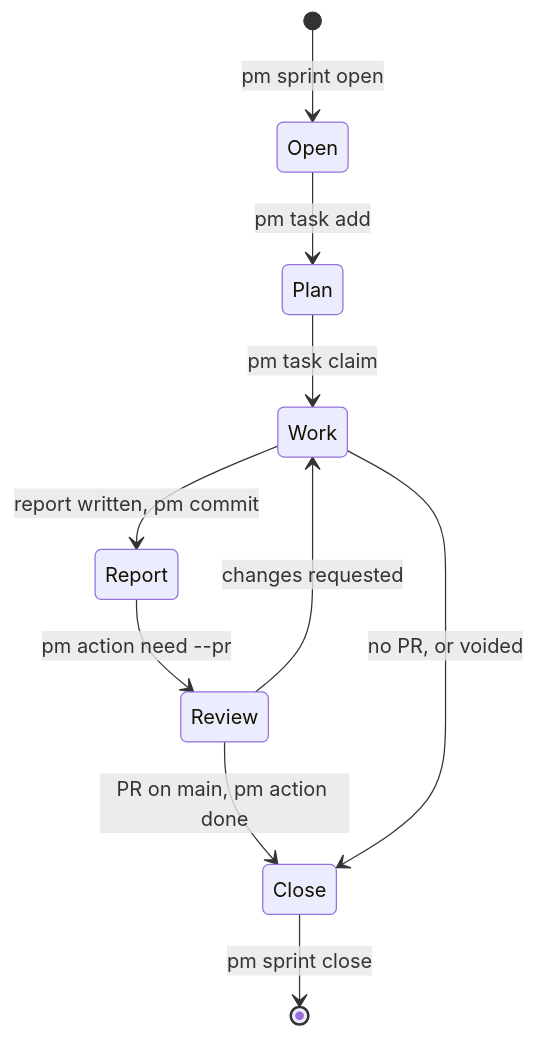
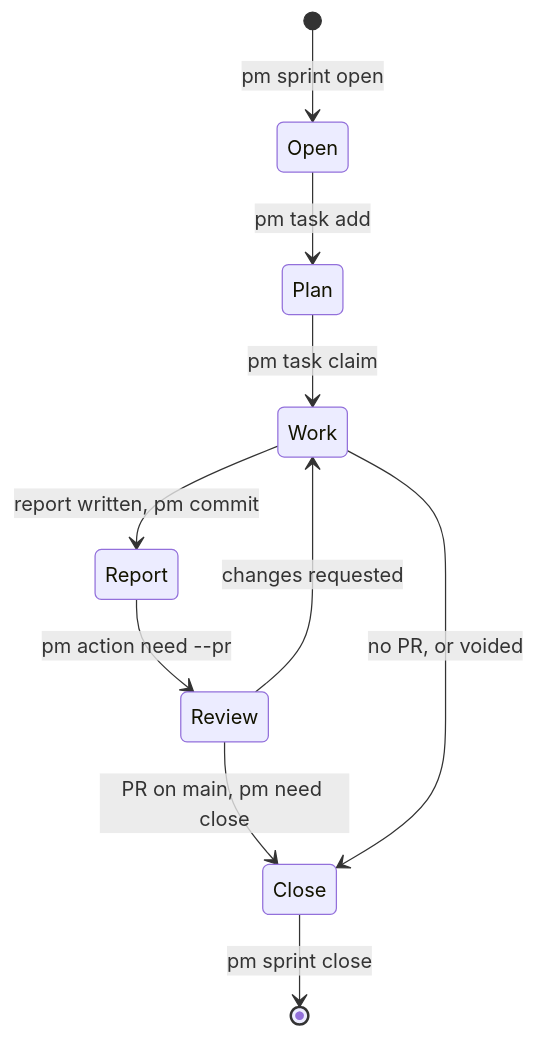
The diagram in design/sprint-lifecycle.md (Yeeef/pm), drawn with Mermaid before and after one commit. The commit also changed other lines of this file and 12 other files, not shown here.

````diff
--- a/design/sprint-lifecycle.md
+++ b/design/sprint-lifecycle.md
@@ -79,12 +79,12 @@
 ```mermaid
 stateDiagram-v2
   [*] --> Open: pm sprint open
   Open --> Plan: pm task add
   Plan --> Work: pm task claim
   Work --> Report: report written, pm commit
   Report --> Review: pm action need --pr
   Review --> Work: changes requested
-  Review --> Close: PR on main, pm action done
+  Review --> Close: PR on main, pm need close
   Work --> Close: no PR, or voided
   Close --> [*]: pm sprint close
 ```
````
